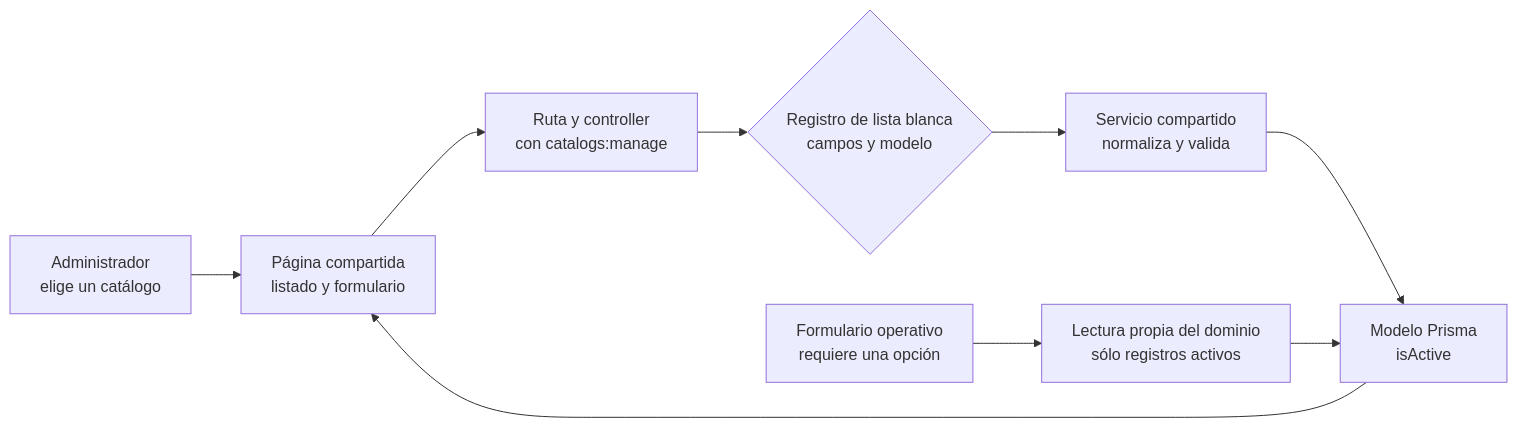
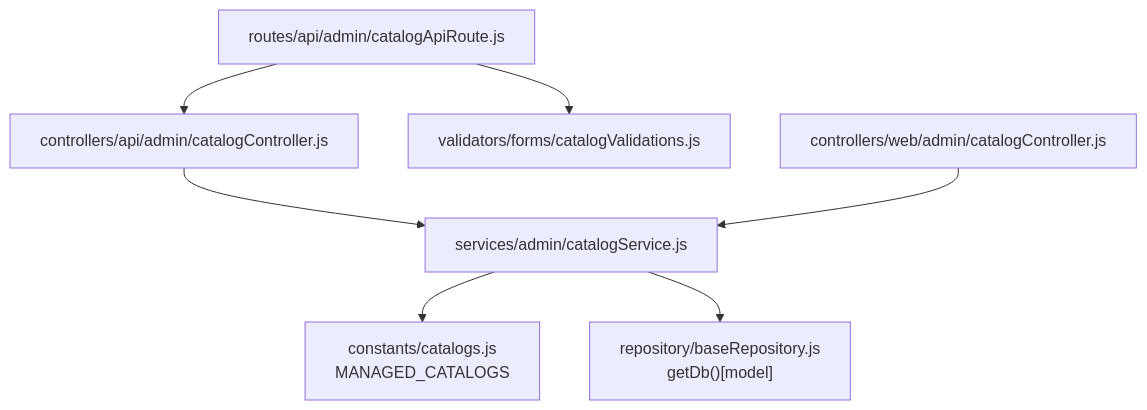
Before and after one commit to gpgsistemas01/nexus: the first of 2 diagrams in docs/architecture/views/development/design-and-construction-patterns/08-catalog-registry-and-allowlist.md, drawn with Mermaid. The commit also changed other lines of this file and 54 other files, not shown here.

Commit message:
docs: map each module in development and consolidate runtime diagrams

````diff
--- a/docs/architecture/views/development/design-and-construction-patterns/08-catalog-registry-and-allowlist.md
+++ b/docs/architecture/views/development/design-and-construction-patterns/08-catalog-registry-and-allowlist.md
@@ -75,13 +75,9 @@
 ```mermaid
-flowchart LR
-    admin["Administrador<br/>elige un catálogo"] --> page["Página compartida<br/>listado y formulario"]
-    page --> api["Ruta y controller<br/>con catalogs:manage"]
-    api --> registry{"Registro de lista blanca<br/>campos y modelo"}
-    registry --> service["Servicio compartido<br/>normaliza y valida"]
-    service --> prisma["Modelo Prisma<br/>isActive"]
-    prisma --> page
-
-    operational["Formulario operativo<br/>requiere una opción"] --> read["Lectura propia del dominio<br/>sólo registros activos"]
-    read --> prisma
-
+flowchart TB
+    route["routes/api/admin/catalogApiRoute.js"] --> controller["controllers/api/admin/catalogController.js"]
+    route --> validation["validators/forms/catalogValidations.js"]
+    controller --> service["services/admin/catalogService.js"]
+    service --> registry["constants/catalogs.js<br/>MANAGED_CATALOGS"]
+    service --> db["repository/baseRepository.js<br/>getDb()[model]"]
+    web["controllers/web/admin/catalogController.js"] --> service
 ```
````
